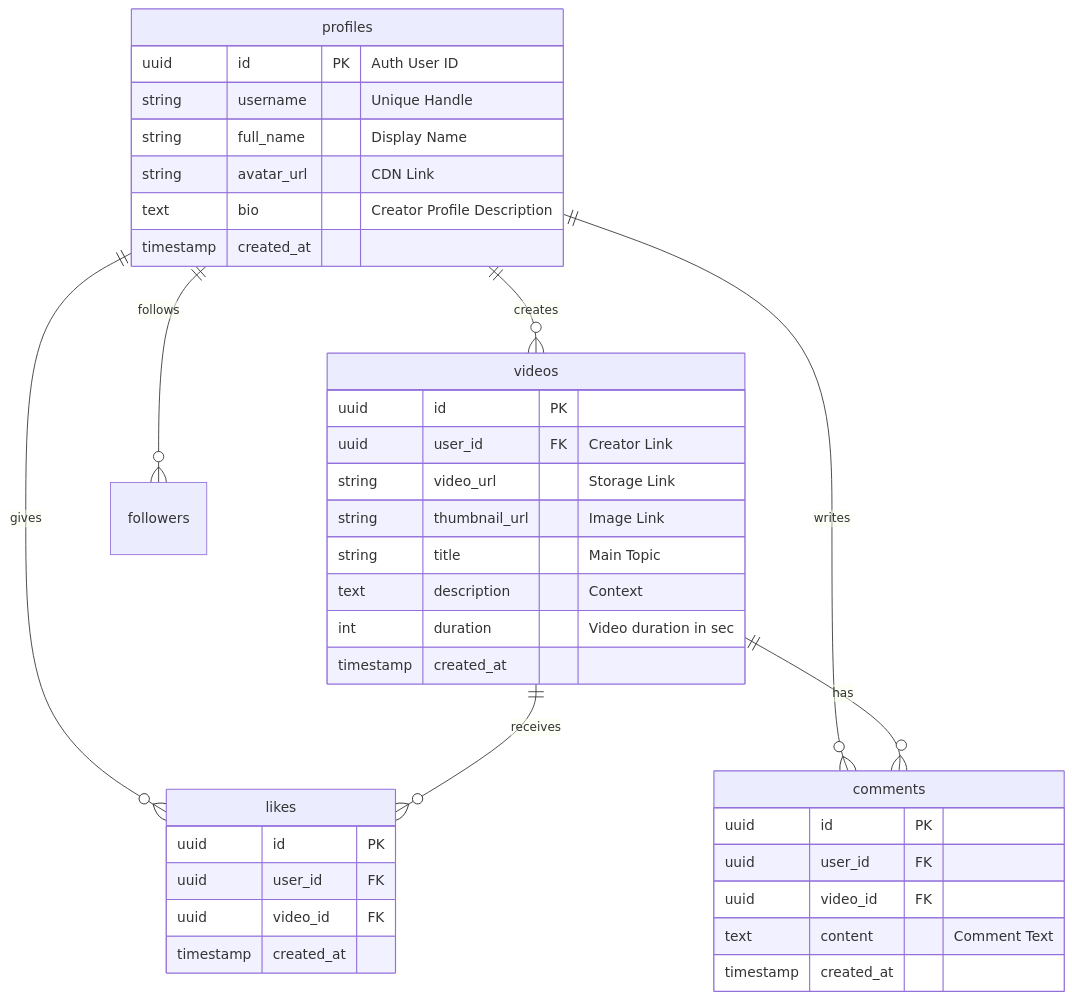
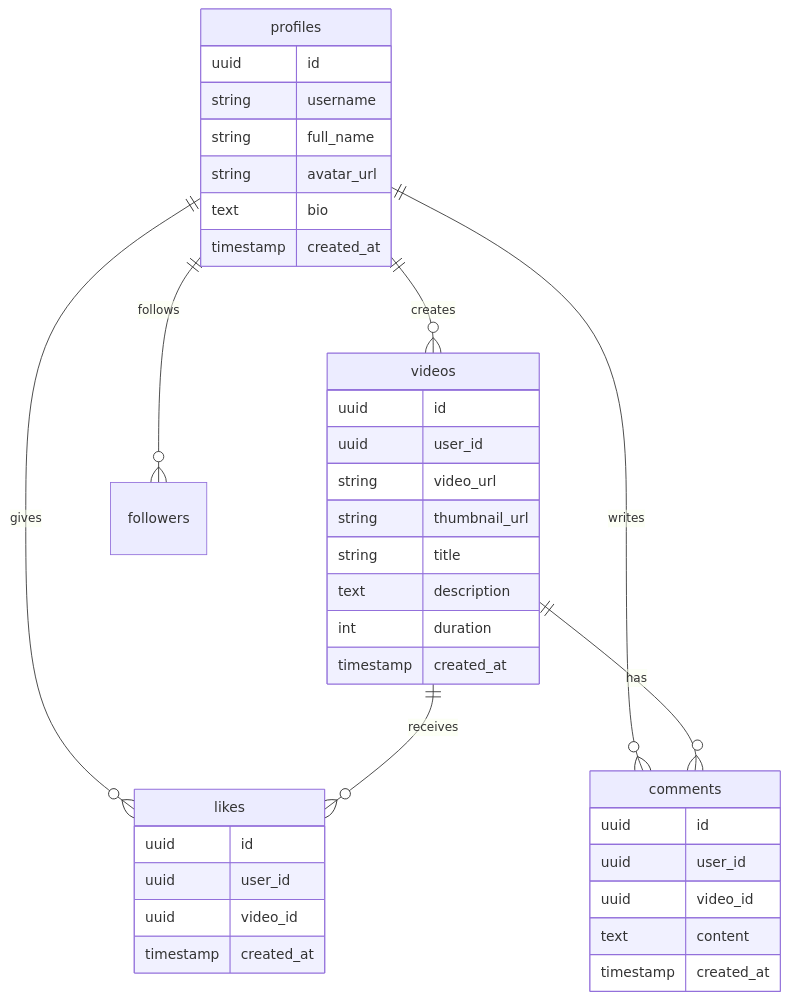
Before and after one commit to Metador11/datariot-site: the diagram in README.md, drawn with Mermaid.

Commit message:
docs: fix Mermaid syntax in README.md to ensure the diagram renders successfully

````diff
--- a/README.md
+++ b/README.md
@@ -87,41 +87,41 @@
 ```mermaid
 erDiagram
-    profiles ||--o{ videos : "creates"
-    profiles ||--o{ likes : "gives"
-    profiles ||--o{ comments : "writes"
-    profiles ||--o{ followers : "follows"
-    videos ||--o{ likes : "receives"
-    videos ||--o{ comments : "has"
-    
+    profiles ||--o{ videos : creates
+    profiles ||--o{ likes : gives
+    profiles ||--o{ comments : writes
+    profiles ||--o{ followers : follows
+    videos ||--o{ likes : receives
+    videos ||--o{ comments : has
+
     profiles {
-        uuid id PK "Auth User ID"
-        string username "Unique Handle"
-        string full_name "Display Name"
-        string avatar_url "CDN Link"
-        text bio "Creator Profile Description"
+        uuid id
+        string username
+        string full_name
+        string avatar_url
+        text bio
         timestamp created_at
     }
     videos {
-        uuid id PK
-        uuid user_id FK "Creator Link"
-        string video_url "Storage Link"
-        string thumbnail_url "Image Link"
-        string title "Main Topic"
-        text description "Context"
-        int duration "Video duration in sec"
+        uuid id
+        uuid user_id
+        string video_url
+        string thumbnail_url
+        string title
+        text description
+        int duration
         timestamp created_at
     }
     likes {
-        uuid id PK
-        uuid user_id FK
-        uuid video_id FK
+        uuid id
+        uuid user_id
+        uuid video_id
         timestamp created_at
     }
     comments {
-        uuid id PK
-        uuid user_id FK
-        uuid video_id FK
-        text content "Comment Text"
+        uuid id
+        uuid user_id
+        uuid video_id
+        text content
         timestamp created_at
     }
 ```
````
